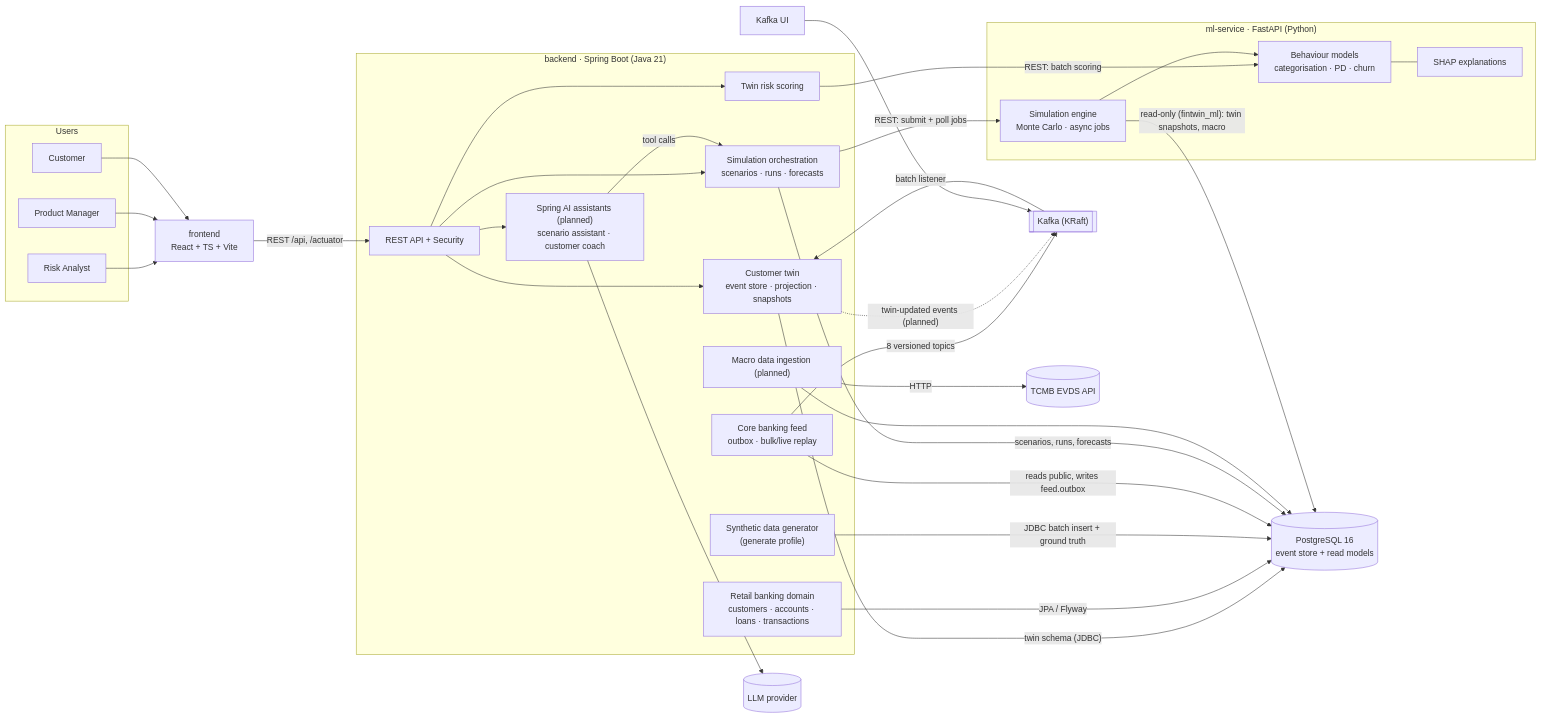
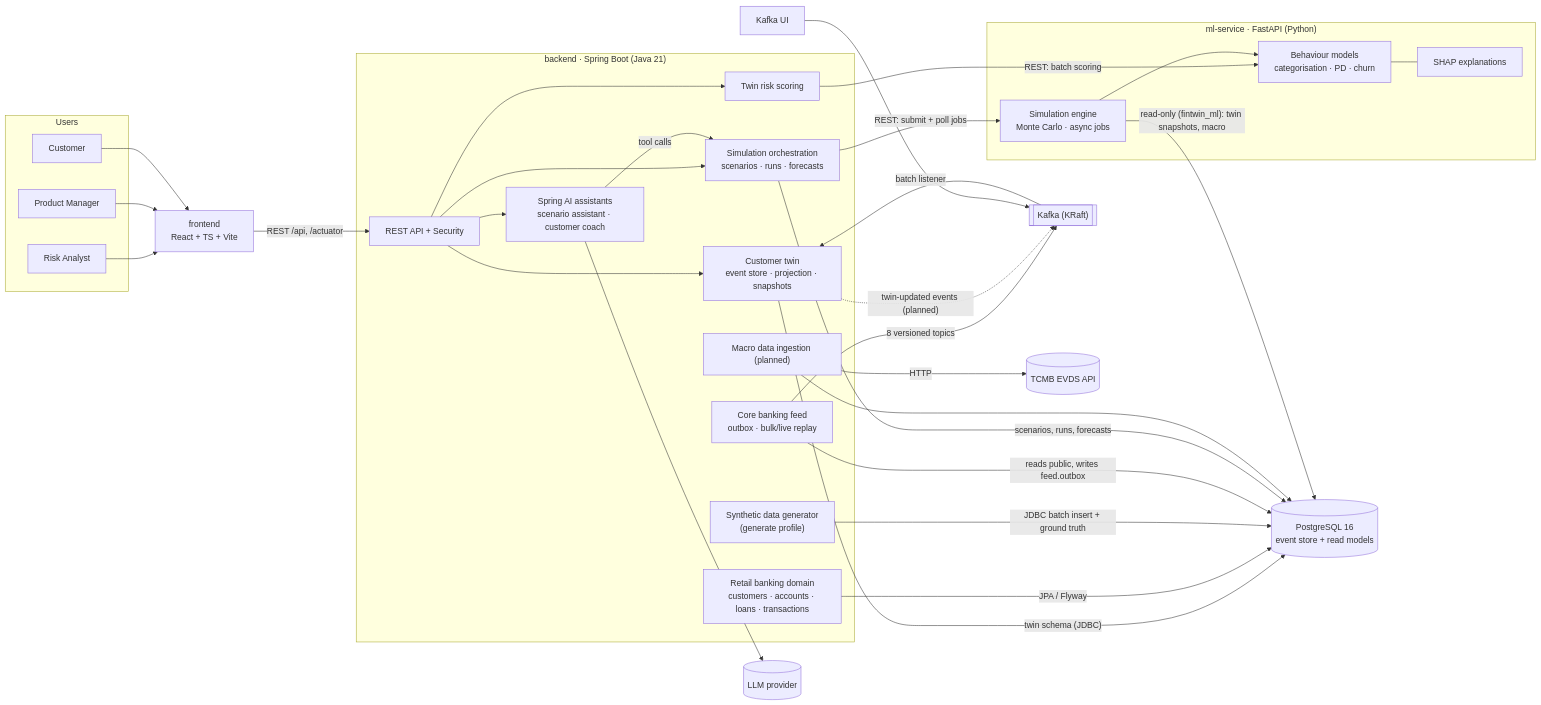
One commit to yavuzkaymakci/FinTwin changed the first of 2 diagrams in docs/architecture.md. Above: the diagram before and after it, drawn with Mermaid. The commit also changed other lines of this file and 9 other files, not shown here.

First line of the commit message:
docs: assistant architecture, safety, evaluation set and runner

````diff
--- a/docs/architecture.md
+++ b/docs/architecture.md
@@ -9,56 +9,56 @@
 ```mermaid
 flowchart LR
     subgraph Users
         RA[Risk Analyst]
         PM[Product Manager]
         CU[Customer]
     end
 
     FE["frontend<br/>React + TS + Vite"]
 
     subgraph BE["backend · Spring Boot (Java 21)"]
         API[REST API + Security]
         TWIN["Customer twin<br/>event store · projection · snapshots"]
         FEED["Core banking feed<br/>outbox · bulk/live replay"]
         SIMO["Simulation orchestration<br/>scenarios · runs · forecasts"]
         RISK["Twin risk scoring"]
-        AI["Spring AI assistants (planned)<br/>scenario assistant · customer coach"]
+        AI["Spring AI assistants<br/>scenario assistant · customer coach"]
         MACRO["Macro data ingestion (planned)"]
         DOMAIN["Retail banking domain<br/>customers · accounts · loans · transactions"]
         GEN["Synthetic data generator<br/>(generate profile)"]
     end
 
     subgraph ML["ml-service · FastAPI (Python)"]
         MODELS["Behaviour models<br/>categorisation · PD · churn"]
         SHAP["SHAP explanations"]
         SIM["Simulation engine<br/>Monte Carlo · async jobs"]
     end
 
     PG[("PostgreSQL 16<br/>event store + read models")]
     KAFKA[["Kafka (KRaft)"]]
     KUI[Kafka UI]
     EVDS[(TCMB EVDS API)]
     LLM[(LLM provider)]
 
     RA & PM & CU --> FE
     FE -- "REST /api, /actuator" --> API
     API --> TWIN & SIMO & AI & RISK
     TWIN -- "twin schema (JDBC)" --> PG
     DOMAIN -- "JPA / Flyway" --> PG
     GEN -- "JDBC batch insert + ground truth" --> PG
     FEED -- "reads public, writes feed.outbox" --> PG
     FEED -- "8 versioned topics" --> KAFKA
     KAFKA -- "batch listener" --> TWIN
     TWIN -. "twin-updated events (planned)" .-> KAFKA
     SIMO -- "REST: submit + poll jobs" --> SIM
     RISK -- "REST: batch scoring" --> MODELS
     SIM -- "read-only (fintwin_ml): twin snapshots, macro" --> PG
     SIMO -- "scenarios, runs, forecasts" --> PG
     MODELS --- SHAP
     SIM --> MODELS
     AI -- "tool calls" --> SIMO
     AI --> LLM
     MACRO -- "HTTP" --> EVDS
     MACRO --> PG
     KUI --> KAFKA
 ```
````
